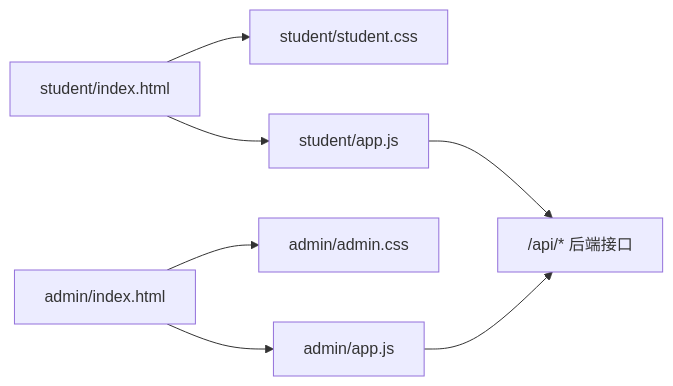
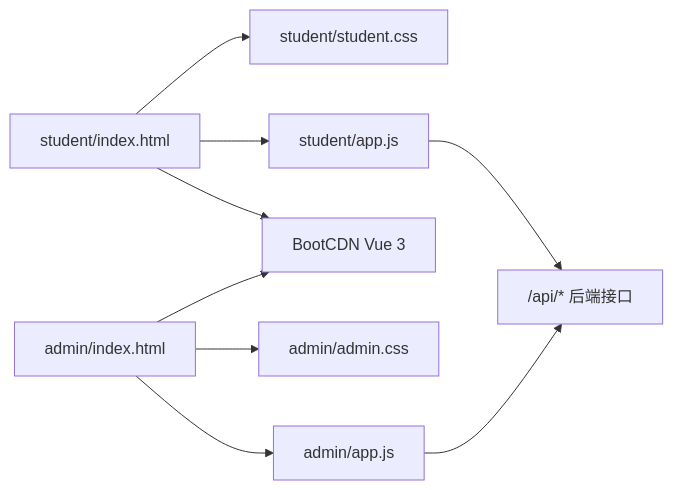
Before and after one commit to onebody/homework: the fifth of 5 diagrams in .qoder/repowiki/zh/content/项目概述/暑假作业打卡系统介绍/系统架构设计/前端架构设计.md, drawn with Mermaid. The commit also changed other lines of this file and 14 other files, not shown here.

````diff
--- a/.qoder/repowiki/zh/content/项目概述/暑假作业打卡系统介绍/系统架构设计/前端架构设计.md
+++ b/.qoder/repowiki/zh/content/项目概述/暑假作业打卡系统介绍/系统架构设计/前端架构设计.md
@@ -234,9 +254,11 @@
 ```mermaid
 graph LR
 SHTML["student/index.html"] --> SCSS["student/student.css"]
 SHTML --> SJS["student/app.js"]
+SHTML --> BOOTCDN["BootCDN Vue 3"]
 AHTML["admin/index.html"] --> ACSS["admin/admin.css"]
 AHTML --> AJS["admin/app.js"]
+AHTML --> BOOTCDN
 SJS --> API["/api/* 后端接口"]
 AJS --> API
 ```
````
